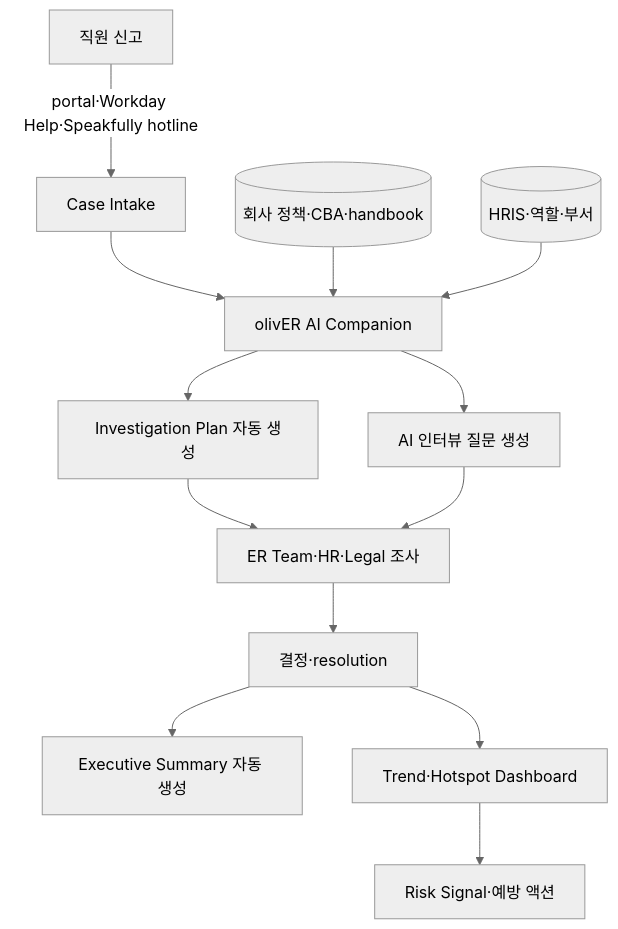
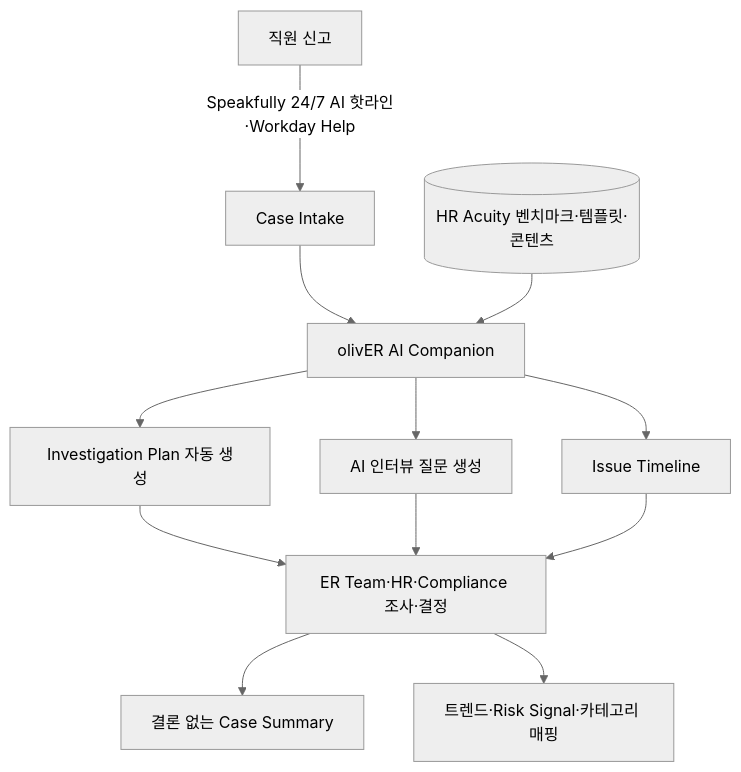
The diagram in wiki/usecases/hr-acuity-oliver-ai-er-companion.md (jameskim1st/hr-ai-benchmark), drawn with Mermaid (neutral theme) before and after one commit. The commit also changed other lines of this file and 222 other files, not shown here.

````diff
--- a/wiki/usecases/hr-acuity-oliver-ai-er-companion.md
+++ b/wiki/usecases/hr-acuity-oliver-ai-er-companion.md
@@ -127,15 +118,14 @@
 ```mermaid
 flowchart TB
-    Emp[직원 신고] -->|portal·Workday Help·Speakfully hotline| Intake[Case Intake]
+    Emp[직원 신고] -->|Speakfully 24/7 AI 핫라인·Workday Help| Intake[Case Intake]
     Intake --> olivER[olivER AI Companion]
     olivER --> Plan[Investigation Plan 자동 생성]
     olivER --> Questions[AI 인터뷰 질문 생성]
-    Policy[(회사 정책·CBA·handbook)] --> olivER
-    HRIS[(HRIS·역할·부서)] --> olivER
-    Plan --> ER[ER Team·HR·Legal 조사]
+    olivER --> Timeline[Issue Timeline]
+    KB[(HR Acuity 벤치마크·템플릿·콘텐츠)] --> olivER
+    Plan --> ER[ER Team·HR·Compliance 조사·결정]
     Questions --> ER
-    ER --> Resolution[결정·resolution]
-    Resolution --> Doc[Executive Summary 자동 생성]
-    Resolution --> Trend[Trend·Hotspot Dashboard]
-    Trend --> Risk[Risk Signal·예방 액션]
+    Timeline --> ER
+    ER --> Doc[결론 없는 Case Summary]
+    ER --> Trend[트렌드·Risk Signal·카테고리 매핑]
 ```
````
